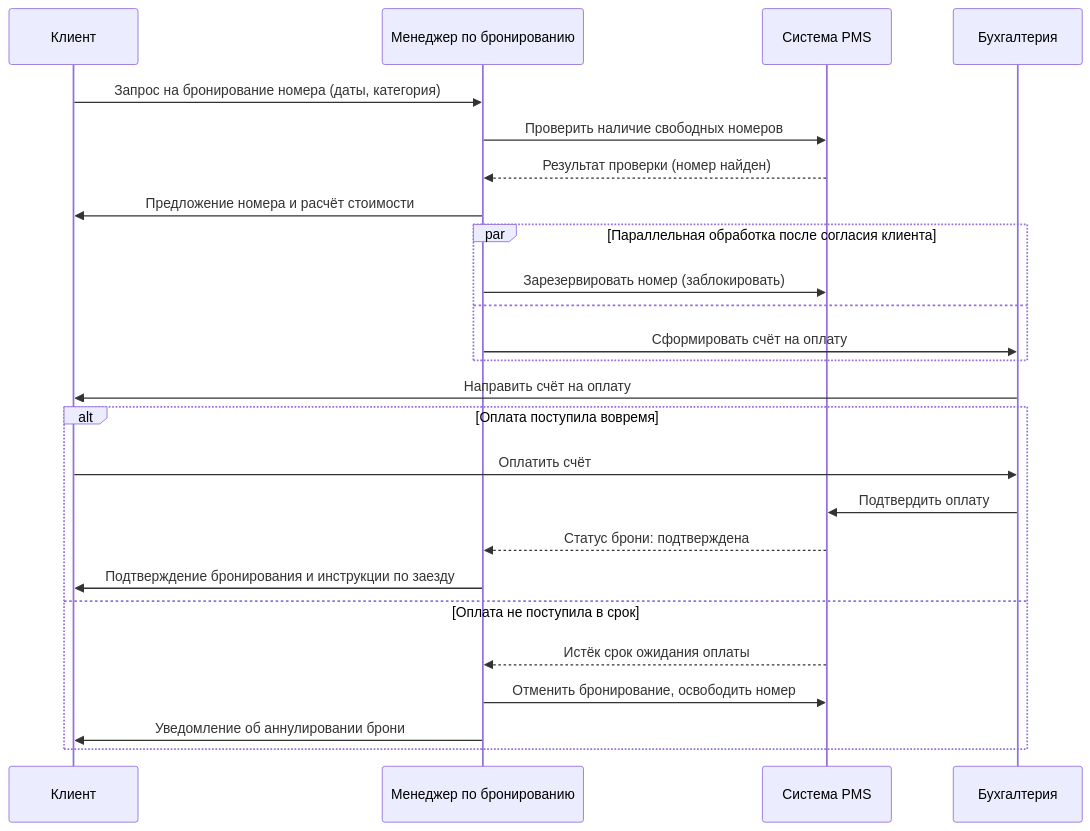
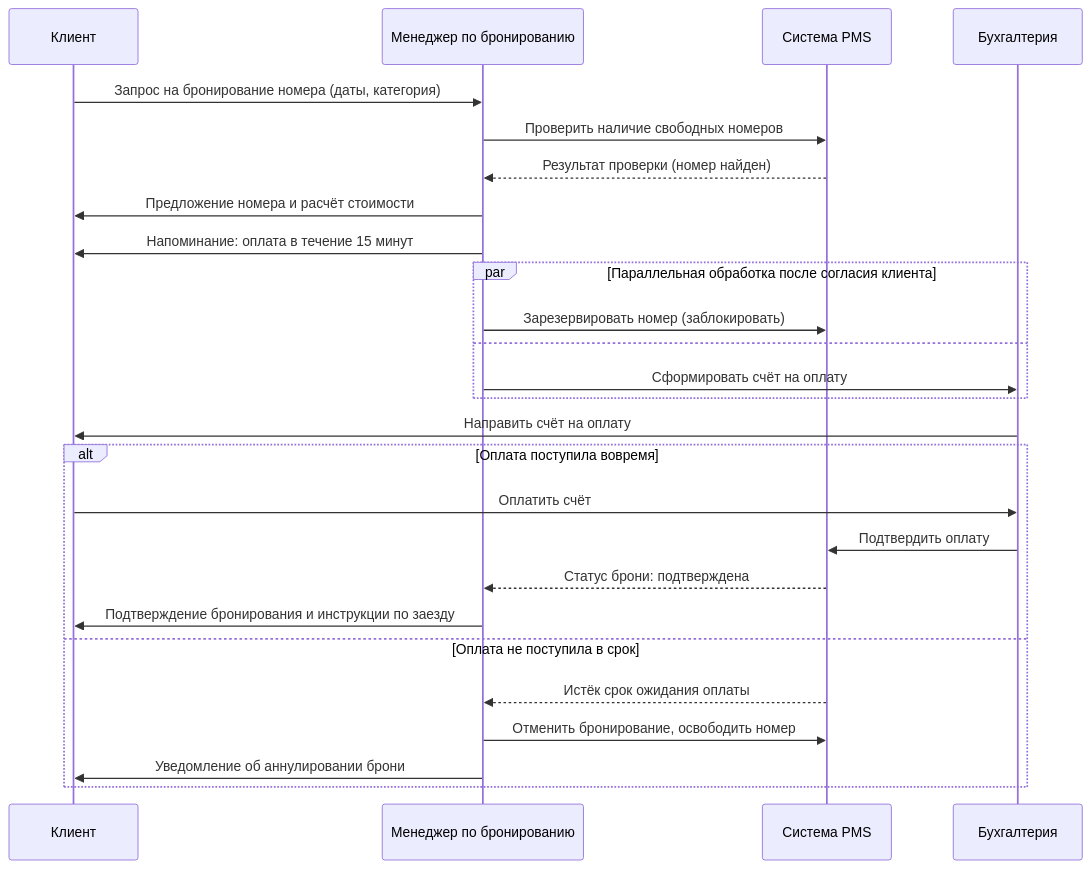
The diagram in lab1/docs/sequence.md (sanflury/visual-programming-labs-Kotok), drawn with Mermaid before and after one commit. The commit also changed 1 other file, not shown here.

Commit message:
Update Mermaid diagrams

````diff
--- a/lab1/docs/sequence.md
+++ b/lab1/docs/sequence.md
@@ -6,31 +6,32 @@
 ```mermaid
 sequenceDiagram
     participant Клиент
     participant Менеджер as Менеджер по бронированию
     participant PMS as Система PMS
     participant Бухгалтерия
 
     Клиент->>Менеджер: Запрос на бронирование номера (даты, категория)
     Менеджер->>PMS: Проверить наличие свободных номеров
     PMS-->>Менеджер: Результат проверки (номер найден)
     Менеджер->>Клиент: Предложение номера и расчёт стоимости
+    Менеджер->>Клиент: Напоминание: оплата в течение 15 минут
 
     par Параллельная обработка после согласия клиента
         Менеджер->>PMS: Зарезервировать номер (заблокировать)
     and
         Менеджер->>Бухгалтерия: Сформировать счёт на оплату
     end
 
     Бухгалтерия->>Клиент: Направить счёт на оплату
 
     alt Оплата поступила вовремя
         Клиент->>Бухгалтерия: Оплатить счёт
         Бухгалтерия->>PMS: Подтвердить оплату
         PMS-->>Менеджер: Статус брони: подтверждена
         Менеджер->>Клиент: Подтверждение бронирования и инструкции по заезду
     else Оплата не поступила в срок
         PMS-->>Менеджер: Истёк срок ожидания оплаты
         Менеджер->>PMS: Отменить бронирование, освободить номер
         Менеджер->>Клиент: Уведомление об аннулировании брони
     end
 ```
````
